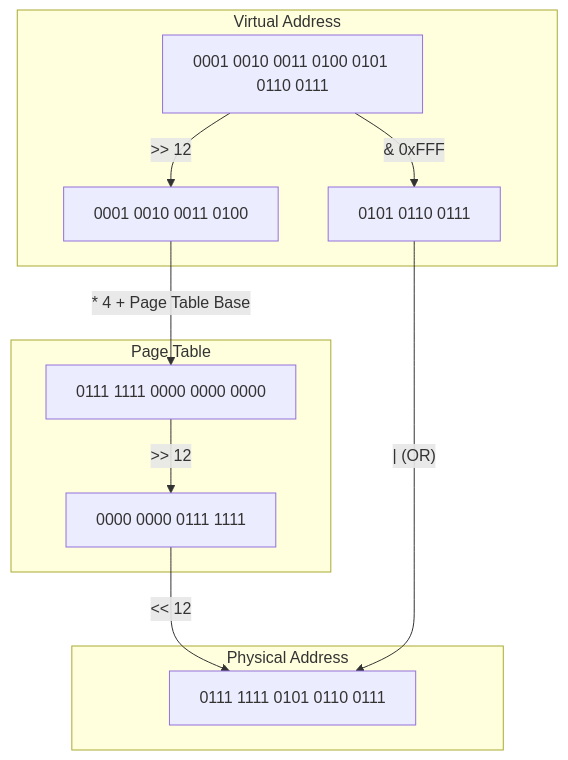
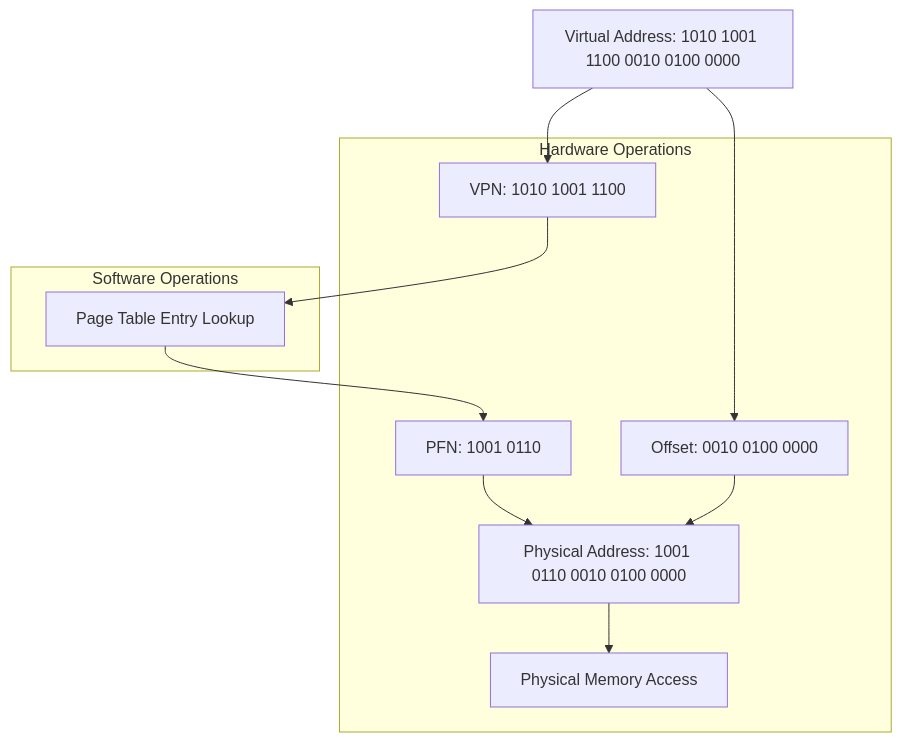
Before and after one commit to santiagosayshey/DigiBrain: the diagram in content/Computer Science/Operating Systems/Notes/3.5 Paging.md, drawn with Mermaid. The commit also changed other lines of this file and 1 other file, not shown here.

Commit message:
Backup of Obsidian Vault on 25-08-24 : 03:53:57 from  | 2 files changed
Details:
M .obsidian/workspace.json content/Computer Science/Operating Systems/Notes/3.5 Paging.md

````diff
--- a/content/Computer Science/Operating Systems/Notes/3.5 Paging.md
+++ b/content/Computer Science/Operating Systems/Notes/3.5 Paging.md
@@ -67,23 +74,23 @@
 ```mermaid
 graph TD
-    subgraph "Virtual Address"
-        VA["0001 0010 0011 0100 0101 0110 0111"]
-        VPN["0001 0010 0011 0100"]
-        OFFSET["0101 0110 0111"]
+    VA[Virtual Address: 1010 1001 1100 0010 0100 0000] --> VPN[VPN: 1010 1001 1100]
+    VA --> Offset[Offset: 0010 0100 0000]
+    VPN --> PTE[Page Table Entry Lookup]
+    PTE --> PFN[PFN: 1001 0110]
+    PFN --> PA[Physical Address: 1001 0110 0010 0100 0000]
+    Offset --> PA
+    PA --> Memory[Physical Memory Access]
+
+    subgraph "Hardware Operations"
+        VPN
+        Offset
+        PFN
+        PA
+        Memory
     end
-    VA -->|">> 12"| VPN
-    VA -->|"& 0xFFF"| OFFSET
 
-    subgraph "Page Table"
-        PTE["0111 1111 0000 0000 0000"]
-        PFN["0000 0000 0111 1111"]
+    subgraph "Software Operations"
+        PTE
     end
-    VPN -->|"* 4 + Page Table Base"| PTE
-    PTE -->|">> 12"| PFN
 
-    subgraph "Physical Address"
-        PA["0111 1111 0101 0110 0111"]
-    end
-    PFN -->|"<< 12"| PA
-    OFFSET -->|"| (OR)"| PA
 ```
````
